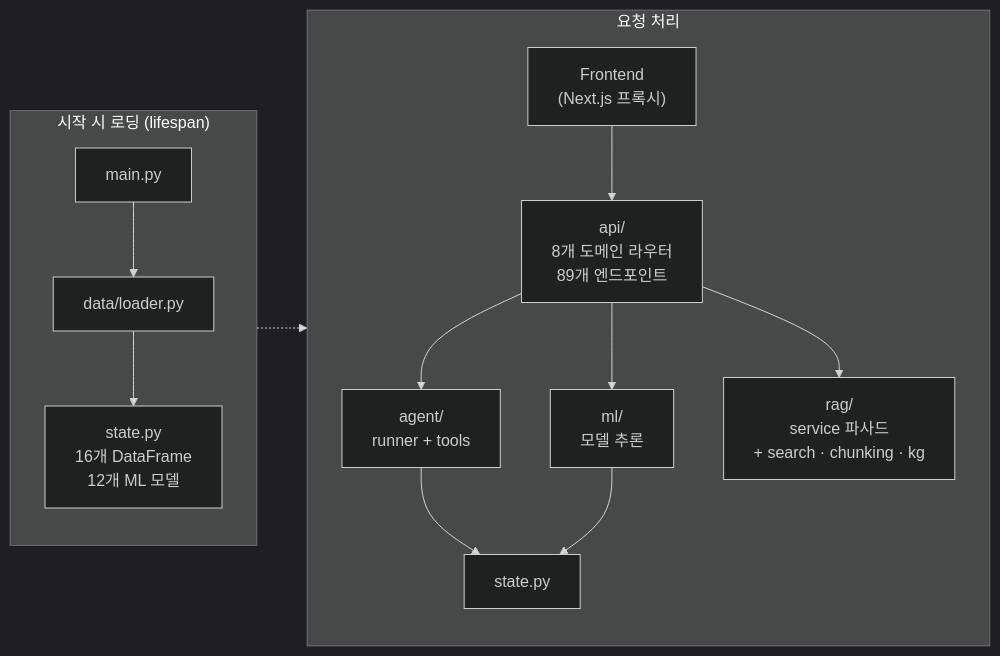
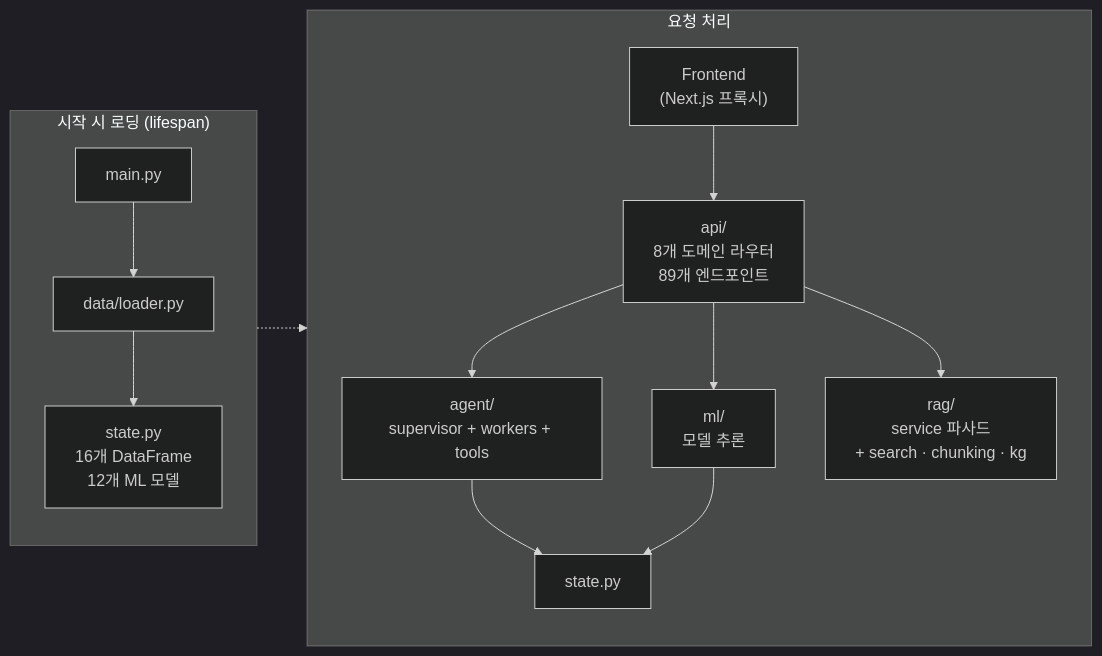
The third of 8 diagrams in README.md (ASNGG/cafe24-demo), drawn with Mermaid (dark theme) before and after one commit. The commit also changed other lines of this file and 10 other files, not shown here.

````diff
--- a/README.md
+++ b/README.md
@@ -239,18 +261,18 @@
 ```mermaid
 flowchart LR
     subgraph Startup["시작 시 로딩 (lifespan)"]
         main["main.py"] --> loader["data/loader.py"]
         loader --> state["state.py<br/>16개 DataFrame<br/>12개 ML 모델"]
     end
 
     subgraph Request["요청 처리"]
         FE["Frontend<br/>(Next.js 프록시)"] --> routes["api/<br/>8개 도메인 라우터<br/>89개 엔드포인트"]
-        routes --> agent["agent/<br/>runner + tools"]
+        routes --> agent["agent/<br/>supervisor + workers + tools"]
         routes --> ml["ml/<br/>모델 추론"]
         routes --> rag["rag/<br/>service 파사드<br/>+ search · chunking · kg"]
         agent --> state2["state.py"]
         ml --> state2
     end
 
     Startup -.-> Request
 ```
````
